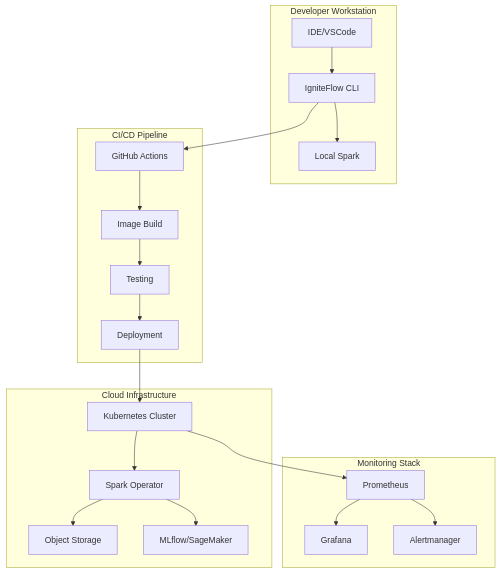
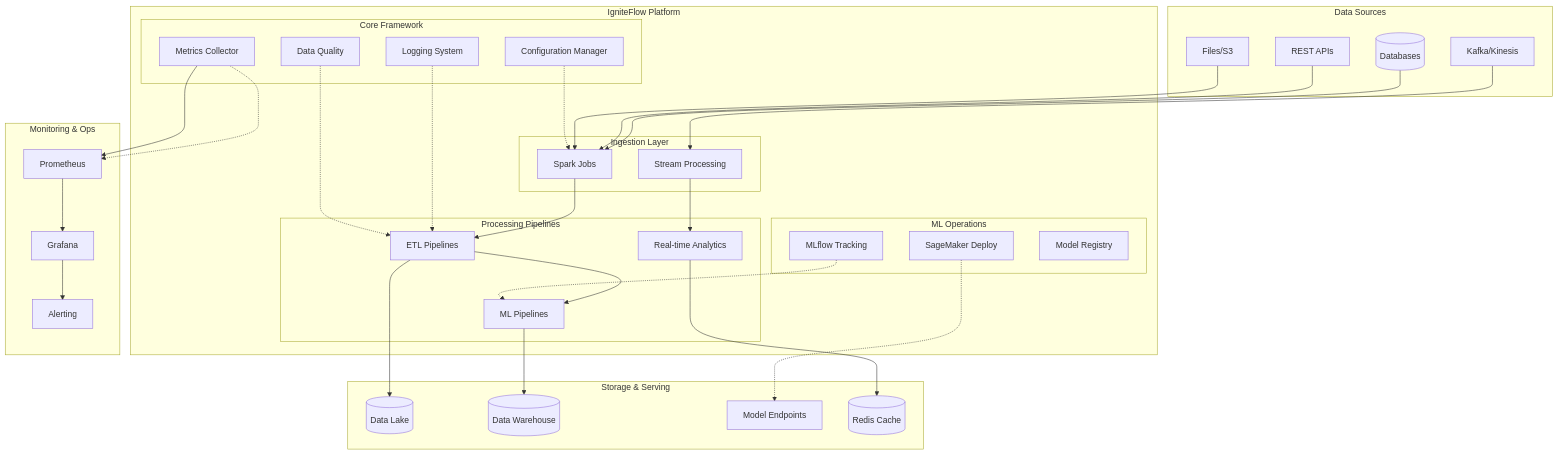
The first of 2 diagrams in README.md (JazzzFM/IgniteFlow), drawn with Mermaid before and after one commit. The commit also changed other lines of this file and 16 other files, not shown here.

````diff
--- a/README.md
+++ b/README.md
@@ -125,42 +172,73 @@
 ```mermaid
 graph TB
-    subgraph "Developer Workstation"
-        IDE[IDE/VSCode]
-        CLI[IgniteFlow CLI]
-        Local[Local Spark]
+    subgraph "Data Sources"
+        DB[(Databases)]
+        API[REST APIs]
+        FILES[Files/S3]
+        STREAM[Kafka/Kinesis]
     end
     
-    subgraph "CI/CD Pipeline"
-        GH[GitHub Actions]
-        Build[Image Build]
-        Test[Testing]
-        Deploy[Deployment]
+    subgraph "IgniteFlow Platform"
+        subgraph "Ingestion Layer"
+            SPARK[Spark Jobs]
+            STREAM_PROC[Stream Processing]
+        end
+        
+        subgraph "Core Framework"
+            CONFIG[Configuration Manager]
+            LOGGER[Logging System]
+            METRICS[Metrics Collector]
+            QUALITY[Data Quality]
+        end
+        
+        subgraph "ML Operations"
+            MLFLOW[MLflow Tracking]
+            SAGEMAKER[SageMaker Deploy]
+            REGISTRY[Model Registry]
+        end
+        
+        subgraph "Processing Pipelines"
+            ETL[ETL Pipelines]
+            ML[ML Pipelines]
+            REALTIME[Real-time Analytics]
+        end
     end
     
-    subgraph "Cloud Infrastructure"
-        K8s[Kubernetes Cluster]
-        Spark[Spark Operator]
-        Storage[Object Storage]
-        MLOps[MLflow/SageMaker]
+    subgraph "Storage & Serving"
+        DATALAKE[(Data Lake)]
+        WAREHOUSE[(Data Warehouse)]
+        MODELS[Model Endpoints]
+        CACHE[(Redis Cache)]
     end
     
-    subgraph "Monitoring Stack"
-        Prom[Prometheus]
-        Graf[Grafana]
-        Alert[Alertmanager]
+    subgraph "Monitoring & Ops"
+        PROMETHEUS[Prometheus]
+        GRAFANA[Grafana]
+        ALERTS[Alerting]
     end
     
-    IDE --> CLI
-    CLI --> Local
-    CLI --> GH
-    GH --> Build
-    Build --> Test
-    Test --> Deploy
-    Deploy --> K8s
-    K8s --> Spark
-    Spark --> Storage
-    Spark --> MLOps
-    K8s --> Prom
-    Prom --> Graf
-    Prom --> Alert
+    DB --> SPARK
+    API --> SPARK
+    FILES --> SPARK
+    STREAM --> STREAM_PROC
+    
+    SPARK --> ETL
+    STREAM_PROC --> REALTIME
+    ETL --> ML
+    
+    CONFIG -.-> SPARK
+    LOGGER -.-> ETL
+    METRICS -.-> PROMETHEUS
+    QUALITY -.-> ETL
+    
+    MLFLOW -.-> ML
+    SAGEMAKER -.-> MODELS
+    
+    ETL --> DATALAKE
+    ML --> WAREHOUSE
+    REALTIME --> CACHE
+    
+    METRICS --> PROMETHEUS
+    PROMETHEUS --> GRAFANA
+    GRAFANA --> ALERTS
 ```
````
